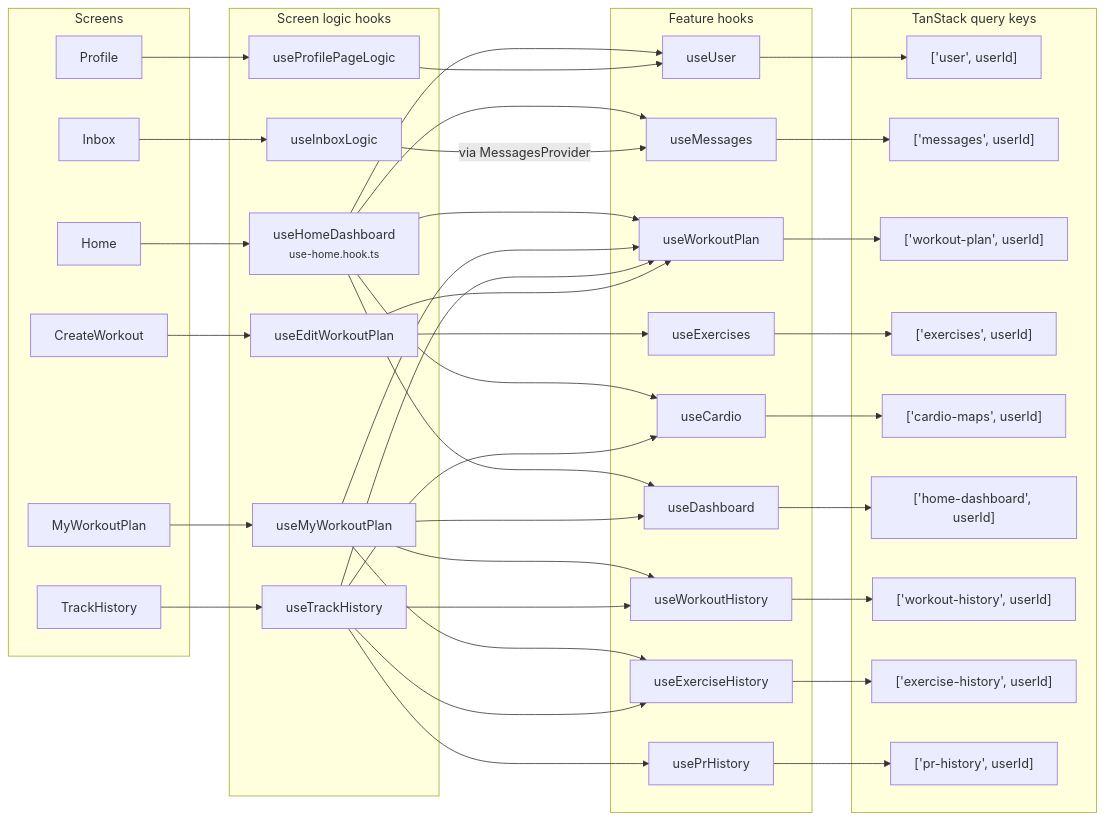
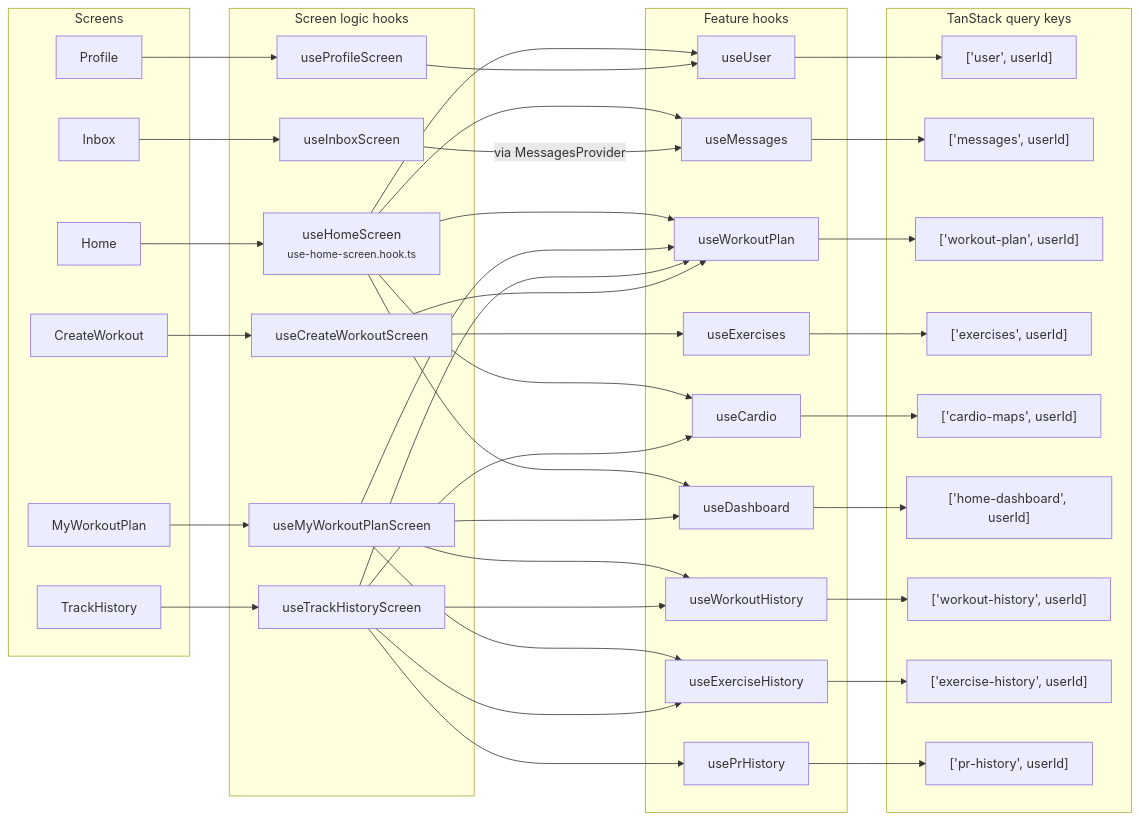
Before and after one commit to kobihanoch/Strong-Together-App: the second of 2 diagrams in docs/frontend-architecture.md, drawn with Mermaid. The commit also changed other lines of this file and 32 other files, not shown here.

```diff
--- a/docs/frontend-architecture.md
+++ b/docs/frontend-architecture.md
@@ -47,12 +47,12 @@
   end
 
   subgraph Screen_logic_hooks[Screen logic hooks]
-    LHome[useHomeDashboard<br/><small>use-home.hook.ts</small>]
-    LPlan[useMyWorkoutPlan]
-    LHistory[useTrackHistory]
-    LEditor[useEditWorkoutPlan]
-    LProfile[useProfilePageLogic]
-    LInbox[useInboxLogic]
+    LHome[useHomeScreen<br/><small>use-home-screen.hook.ts</small>]
+    LPlan[useMyWorkoutPlanScreen]
+    LHistory[useTrackHistoryScreen]
+    LEditor[useCreateWorkoutScreen]
+    LProfile[useProfileScreen]
+    LInbox[useInboxScreen]
   end
 
   subgraph Feature_hooks[Feature hooks]
```
